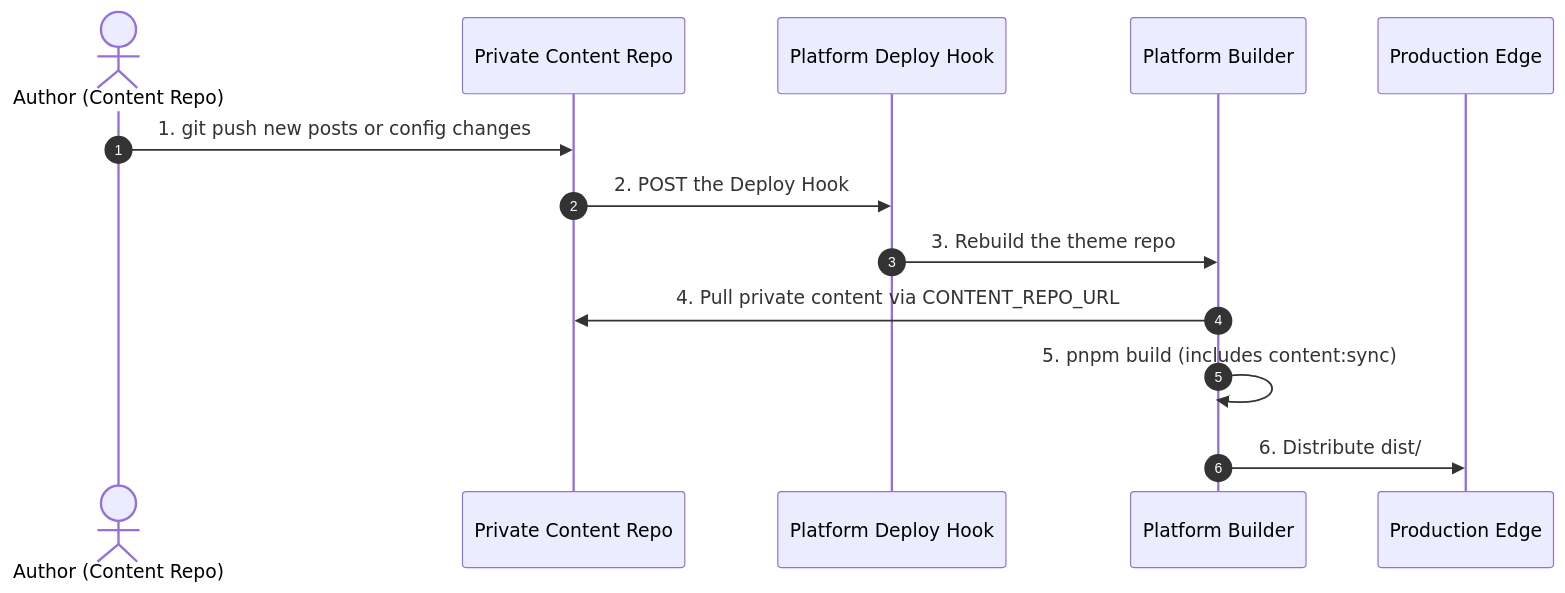
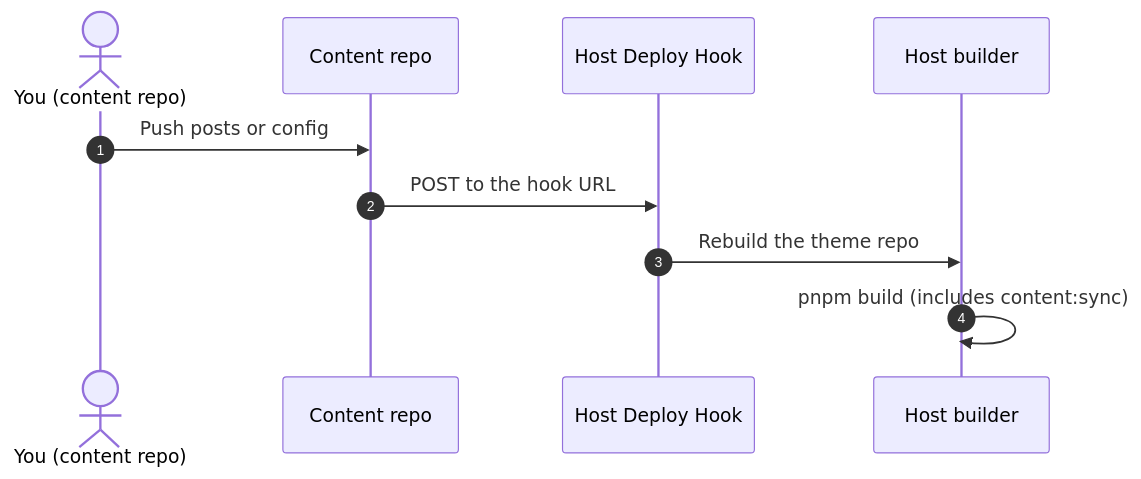
Before and after one commit to LyraVoid/Shirone-Docs: the diagram in docs/en/guide/content-separation/deploy-hooks/README.md, drawn with Mermaid. The commit also changed other lines of this file and 21 other files, not shown here.

````diff
--- a/docs/en/guide/content-separation/deploy-hooks/README.md
+++ b/docs/en/guide/content-separation/deploy-hooks/README.md
@@ -11,16 +9,13 @@
 ```mermaid
 sequenceDiagram
     autonumber
-    actor Author as Author (Content Repo)
-    participant ContentRepo as Private Content Repo
-    participant Hook as Platform Deploy Hook
-    participant Builder as Platform Builder
-    participant CDN as Production Edge
+    actor Author as You (content repo)
+    participant ContentRepo as Content repo
+    participant Hook as Host Deploy Hook
+    participant Builder as Host builder
 
-    Author->>ContentRepo: 1. git push new posts or config changes
-    ContentRepo->>Hook: 2. POST the Deploy Hook
-    Hook->>Builder: 3. Rebuild the theme repo
-    Builder->>ContentRepo: 4. Pull private content via CONTENT_REPO_URL
-    Builder->>Builder: 5. pnpm build (includes content:sync)
-    Builder->>CDN: 6. Distribute dist/
+    Author->>ContentRepo: Push posts or config
+    ContentRepo->>Hook: POST to the hook URL
+    Hook->>Builder: Rebuild the theme repo
+    Builder->>Builder: pnpm build (includes content:sync)
 ```
````
